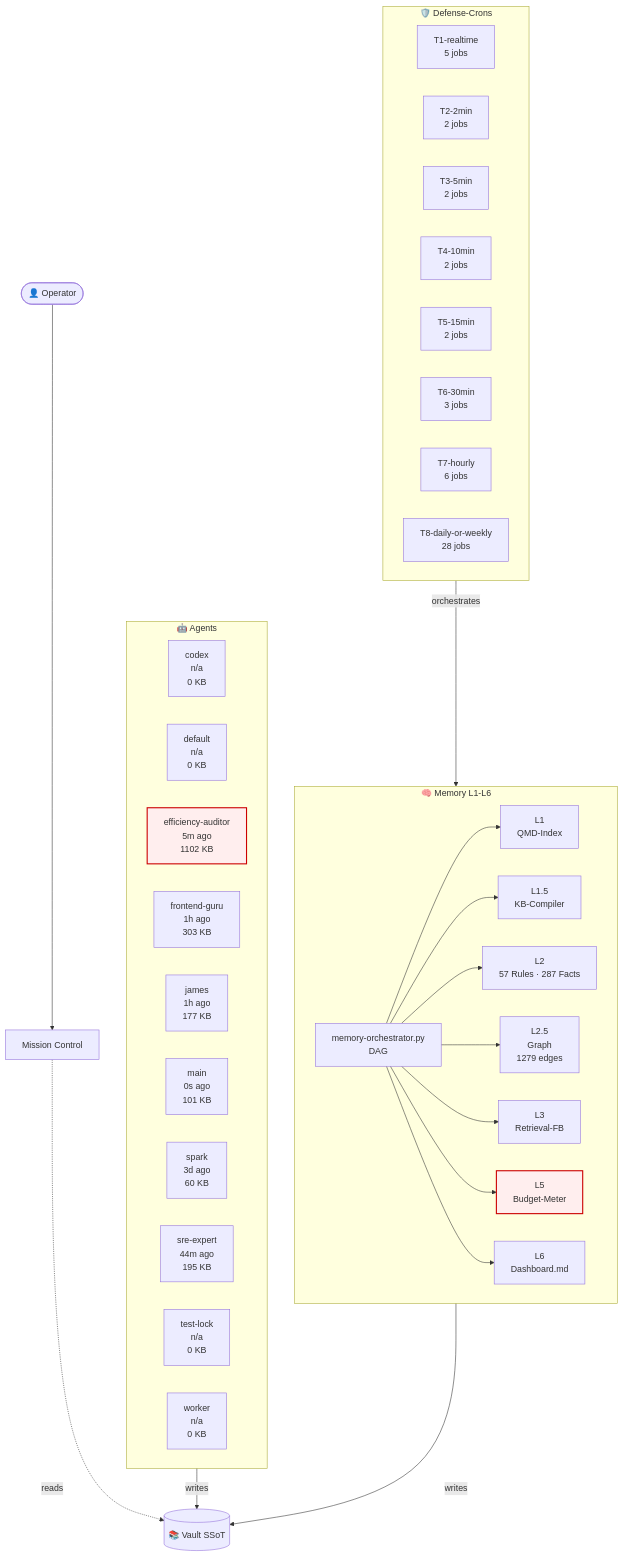
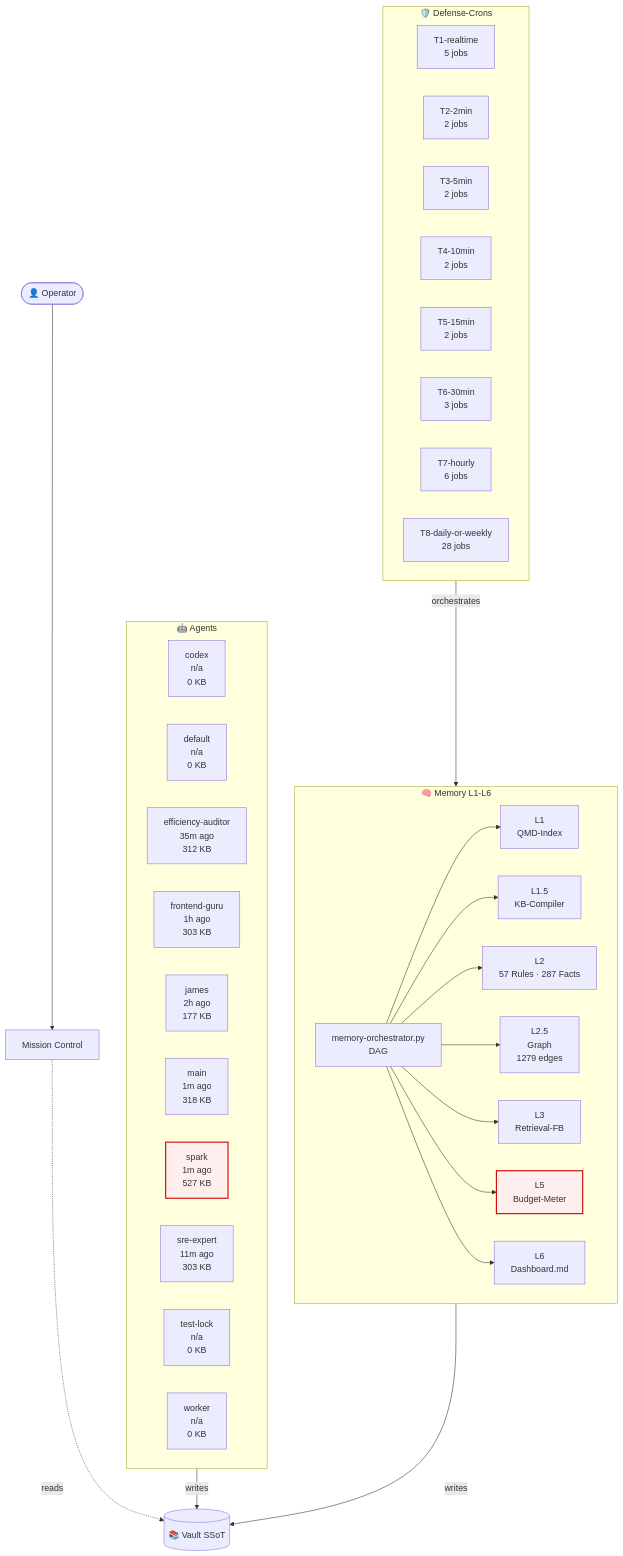
One commit to lenardhuebner88-rgb/openclaw-memory changed the diagram in 03-Agents/architecture-live.md. Above: the diagram before and after it, drawn with Mermaid. The commit also changed other lines of this file and 20 other files, not shown here.

````diff
--- a/03-Agents/architecture-live.md
+++ b/03-Agents/architecture-live.md
@@ -18,53 +18,53 @@
 ```mermaid
 flowchart TB
     classDef critical fill:#fee,stroke:#c00,stroke-width:2px;
     subgraph AGT["🤖 Agents"]
         agent_codex["codex<br/>n/a<br/>0 KB"]
         agent_default["default<br/>n/a<br/>0 KB"]
-        agent_efficiency_auditor["efficiency-auditor<br/>5m ago<br/>1102 KB"]
+        agent_efficiency_auditor["efficiency-auditor<br/>35m ago<br/>312 KB"]
         agent_frontend_guru["frontend-guru<br/>1h ago<br/>303 KB"]
-        agent_james["james<br/>1h ago<br/>177 KB"]
-        agent_main["main<br/>0s ago<br/>101 KB"]
-        agent_spark["spark<br/>3d ago<br/>60 KB"]
-        agent_sre_expert["sre-expert<br/>44m ago<br/>195 KB"]
+        agent_james["james<br/>2h ago<br/>177 KB"]
+        agent_main["main<br/>1m ago<br/>318 KB"]
+        agent_spark["spark<br/>1m ago<br/>527 KB"]
+        agent_sre_expert["sre-expert<br/>11m ago<br/>303 KB"]
         agent_test_lock["test-lock<br/>n/a<br/>0 KB"]
         agent_worker["worker<br/>n/a<br/>0 KB"]
     end
     subgraph MEM["🧠 Memory L1-L6"]
         L1["L1<br/>QMD-Index"]
         L15["L1.5<br/>KB-Compiler"]
         L2["L2<br/>57 Rules · 287 Facts"]
         L25["L2.5<br/>Graph<br/>1279 edges"]
         L3["L3<br/>Retrieval-FB"]
         L5["L5<br/>Budget-Meter"]
         L6["L6<br/>Dashboard.md"]
         ORCH["memory-orchestrator.py<br/>DAG"]
     end
     subgraph CRN["🛡️ Defense-Crons"]
         tier_T1_realtime["T1-realtime<br/>5 jobs"]
         tier_T2_2min["T2-2min<br/>2 jobs"]
         tier_T3_5min["T3-5min<br/>2 jobs"]
         tier_T4_10min["T4-10min<br/>2 jobs"]
         tier_T5_15min["T5-15min<br/>2 jobs"]
         tier_T6_30min["T6-30min<br/>3 jobs"]
         tier_T7_hourly["T7-hourly<br/>6 jobs"]
         tier_T8_daily_or_weekly["T8-daily-or-weekly<br/>28 jobs"]
     end
     VAULT[("📚 Vault SSoT")]
     OP([👤 Operator])
     MC["Mission Control"]
     OP --> MC
     MC -.reads.-> VAULT
     AGT -->|writes| VAULT
     MEM -->|writes| VAULT
     ORCH --> L1
     ORCH --> L15
     ORCH --> L2
     ORCH --> L25
     ORCH --> L3
     ORCH --> L5
     ORCH --> L6
     CRN -->|orchestrates| MEM
     class L5 critical
-    class agent_efficiency_auditor critical
+    class agent_spark critical
 ```
````
